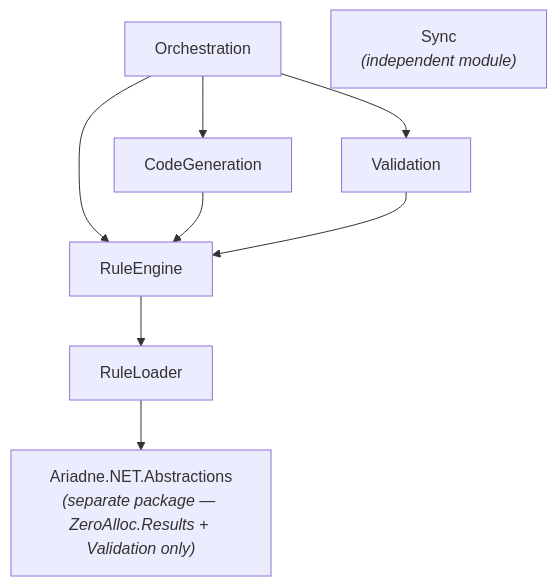
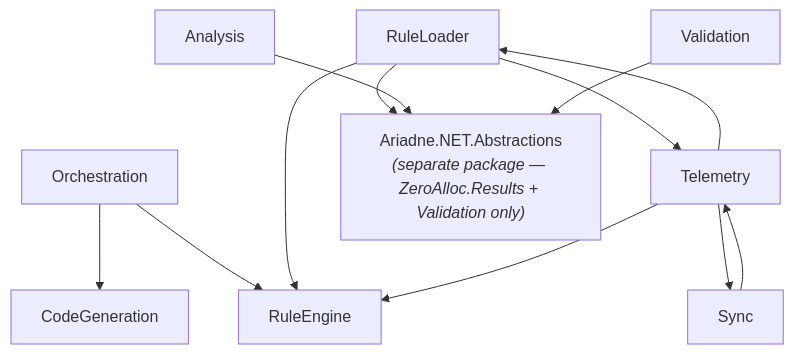
One commit to MarcelRoozekrans/Ariadne.NET changed the fourth of 4 diagrams in docs-site/docs/how-it-works/02-architecture.md. Above: the diagram before and after it, drawn with Mermaid. The commit also changed other lines of this file and 135 other files, not shown here.

````diff
--- a/docs-site/docs/how-it-works/02-architecture.md
+++ b/docs-site/docs/how-it-works/02-architecture.md
@@ -69,11 +75,14 @@
 ```mermaid
 graph TD
     Orchestration --> CodeGeneration
-    Orchestration --> Validation
     Orchestration --> RuleEngine
-    CodeGeneration --> RuleEngine
-    Validation --> RuleEngine
-    RuleEngine --> RuleLoader
+    RuleLoader --> RuleEngine
+    RuleLoader --> Telemetry
+    Sync --> Telemetry
+    Telemetry --> RuleLoader
+    Telemetry --> Sync
+    Telemetry --> RuleEngine
     RuleLoader --> Abstractions["Ariadne.NET.Abstractions<br/><i>(separate package — ZeroAlloc.Results + Validation only)</i>"]
-    Sync["Sync<br/><i>(independent module)</i>"]
+    Analysis --> Abstractions
+    Validation --> Abstractions
 ```
````
